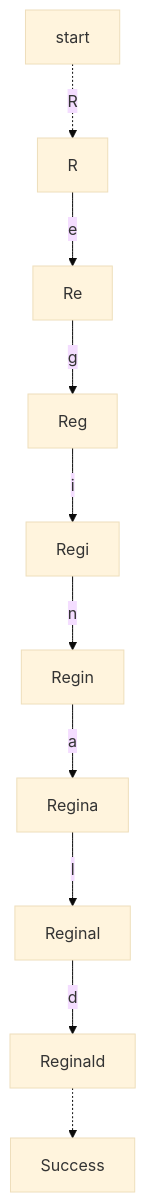
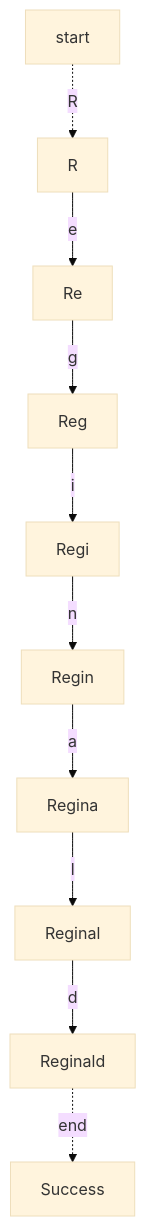
Before and after one commit to raganwald/raganwald.github.com: the first of 2 diagrams in _posts/2019-02-09-recursive-regular-expressions-nondeterminism.md, drawn with Mermaid (base theme). The commit also changed other lines of this file, not shown here.

Commit message:
unquote end

```diff
--- a/_posts/2019-02-09-recursive-regular-expressions-nondeterminism.md
+++ b/_posts/2019-02-09-recursive-regular-expressions-nondeterminism.md
@@ -31,12 +31,12 @@
 <div class="mermaid">
   graph TD
     start-.->|R|R
     R-->|e|Re
     Re-->|g|Reg
     Reg-->|i|Regi
     Regi-->|n|Regin
     Regin-->|a|Regina
     Regina-->|l|Reginal
     Reginal-->|d|Reginald
-    Reginald-.->|"<end>"|Success;
+    Reginald-.->|end|Success;
 </div>
```
